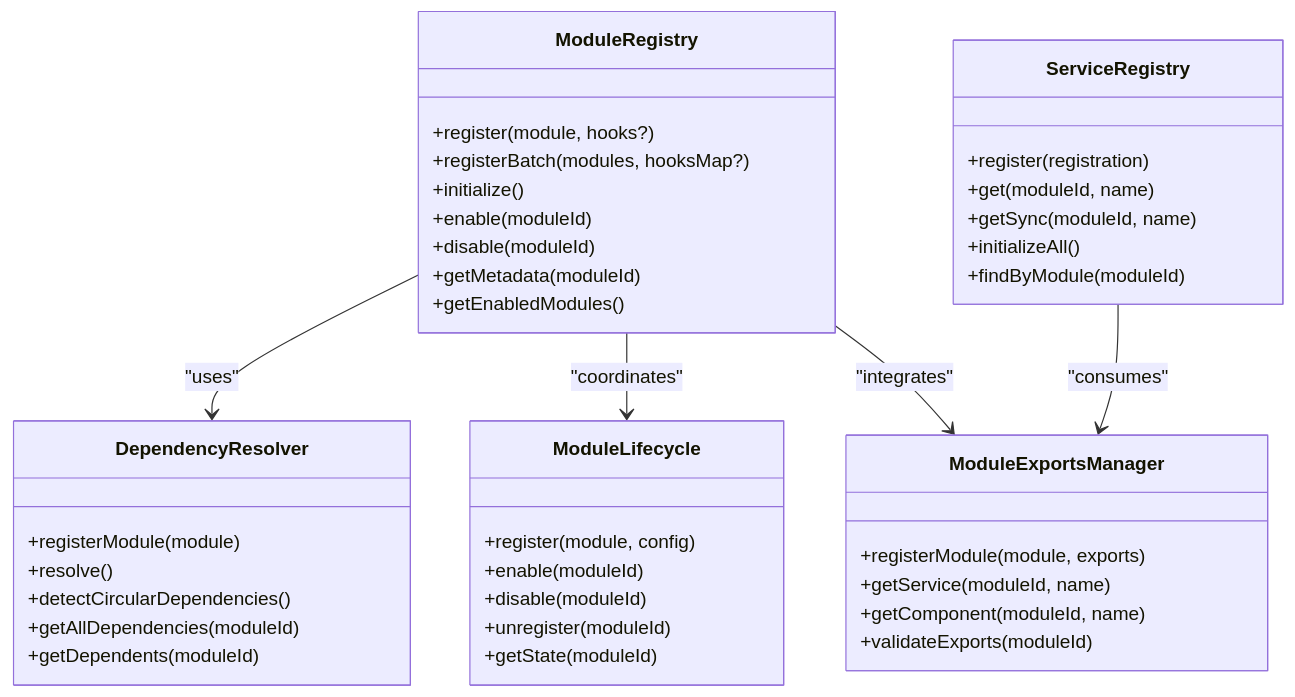
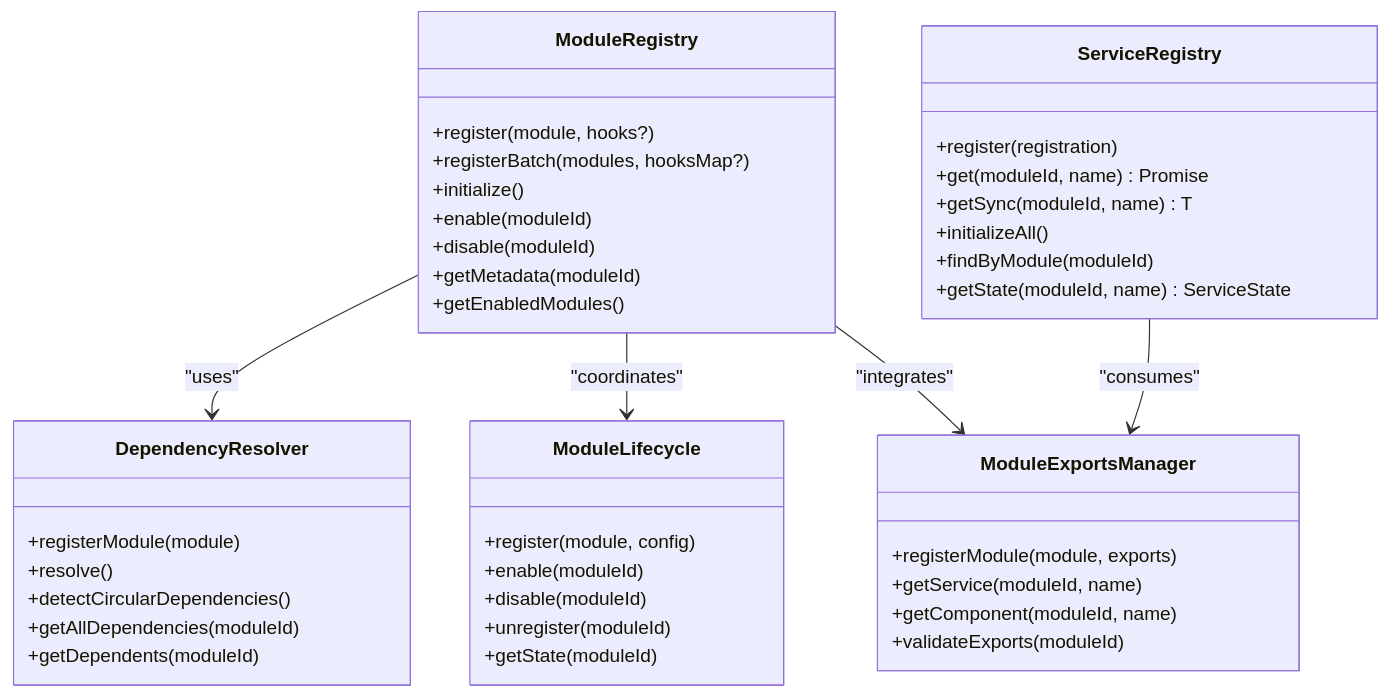
One commit to geniusdynamics/schoolpilot changed the fourth of 11 diagrams in .qoder/repowiki/en/content/Architecture Overview/Core Architectural Patterns/Core Architectural Patterns.md. Above: the diagram before and after it, drawn with Mermaid. The commit also changed other lines of this file and 21 other files, not shown here.

````diff
--- a/.qoder/repowiki/en/content/Architecture Overview/Core Architectural Patterns/Core Architectural Patterns.md
+++ b/.qoder/repowiki/en/content/Architecture Overview/Core Architectural Patterns/Core Architectural Patterns.md
@@ -226,43 +259,44 @@
 ```mermaid
 classDiagram
 class ModuleRegistry {
 +register(module, hooks?)
 +registerBatch(modules, hooksMap?)
 +initialize()
 +enable(moduleId)
 +disable(moduleId)
 +getMetadata(moduleId)
 +getEnabledModules()
 }
 class ServiceRegistry {
 +register(registration)
-+get(moduleId, name)
-+getSync(moduleId, name)
++get(moduleId, name) Promise<T>
++getSync(moduleId, name) T
 +initializeAll()
 +findByModule(moduleId)
++getState(moduleId, name) ServiceState
 }
 class ModuleExportsManager {
 +registerModule(module, exports)
 +getService(moduleId, name)
 +getComponent(moduleId, name)
 +validateExports(moduleId)
 }
 class DependencyResolver {
 +registerModule(module)
 +resolve()
 +detectCircularDependencies()
 +getAllDependencies(moduleId)
 +getDependents(moduleId)
 }
 class ModuleLifecycle {
 +register(module, config)
 +enable(moduleId)
 +disable(moduleId)
 +unregister(moduleId)
 +getState(moduleId)
 }
 ModuleRegistry --> DependencyResolver : "uses"
 ModuleRegistry --> ModuleLifecycle : "coordinates"
 ModuleRegistry --> ModuleExportsManager : "integrates"
 ServiceRegistry --> ModuleExportsManager : "consumes"
 ```
````
